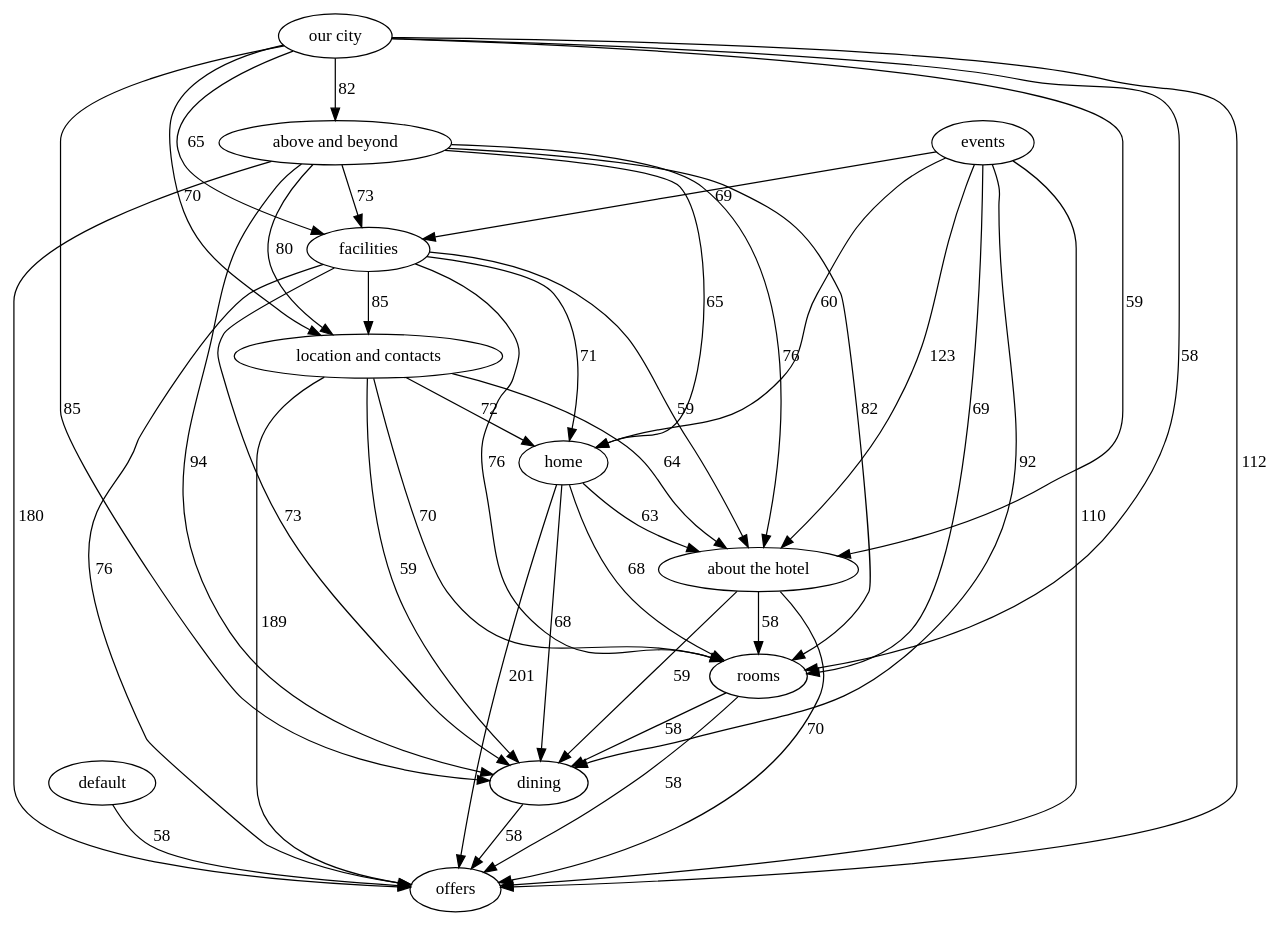
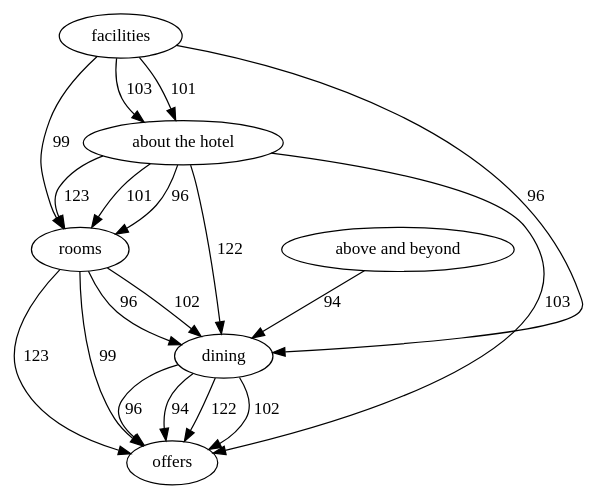
The diagram in dot/internal_requests.dot (alexcu/sit742-a2-report), drawn with Graphviz before and after one commit. The commit also changed 17 other files, not shown here.

Commit message:
Update dot diagrams to percentile and support-curated

```diff
--- a/dot/internal_requests.dot
+++ b/dot/internal_requests.dot
@@ -1,56 +1,27 @@
-strict digraph "" {
+digraph "" {
 layout="dot";
 facilities;
-default;
 "about the hotel";
 dining;
 offers;
 rooms;
-home;
 "above and beyond";
-"location and contacts";
-events;
-"our city";
-facilities -> "about the hotel"  [label=59, weight=59];
-facilities -> dining  [label=73, weight=73];
-facilities -> offers  [label=76, weight=76];
-facilities -> rooms  [label=76, weight=76];
-facilities -> home  [label=71, weight=71];
-facilities -> "location and contacts"  [label=85, weight=85];
-default -> offers  [label=58, weight=58];
-"about the hotel" -> dining  [label=59, weight=59];
-"about the hotel" -> offers  [label=70, weight=70];
-"about the hotel" -> rooms  [label=58, weight=58];
-dining -> offers  [label=58, weight=58];
-rooms -> dining  [label=58, weight=58];
-rooms -> offers  [label=58, weight=58];
-home -> dining  [label=68, weight=68];
-home -> offers  [label=201, weight=201];
-home -> rooms  [label=68, weight=68];
-home -> "about the hotel"  [label=63, weight=63];
-"above and beyond" -> facilities  [label=73, weight=73];
-"above and beyond" -> "about the hotel"  [label=76, weight=76];
-"above and beyond" -> dining  [label=94, weight=94];
-"above and beyond" -> offers  [label=180, weight=180];
-"above and beyond" -> rooms  [label=82, weight=82];
-"above and beyond" -> home  [label=65, weight=65];
-"above and beyond" -> "location and contacts"  [label=80, weight=80];
-"location and contacts" -> home  [label=72, weight=72];
-"location and contacts" -> dining  [label=59, weight=59];
-"location and contacts" -> offers  [label=189, weight=189];
-"location and contacts" -> rooms  [label=70, weight=70];
-"location and contacts" -> "about the hotel"  [label=64, weight=64];
-events -> facilities  [label=69, weight=69];
-events -> "about the hotel"  [label=123, weight=123];
-events -> dining  [label=92, weight=92];
-events -> offers  [label=110, weight=110];
-events -> rooms  [label=69, weight=69];
-events -> home  [label=60, weight=60];
-"our city" -> facilities  [label=65, weight=65];
-"our city" -> "about the hotel"  [label=59, weight=59];
-"our city" -> dining  [label=85, weight=85];
-"our city" -> offers  [label=112, weight=112];
-"our city" -> rooms  [label=58, weight=58];
-"our city" -> "above and beyond"  [label=82, weight=82];
-"our city" -> "location and contacts"  [label=70, weight=70];
+facilities -> dining  [key=0, label=96, weight=96];
+facilities -> rooms  [key=0, label=99, weight=99];
+facilities -> "about the hotel"  [key=0, label=103, weight=103];
+facilities -> "about the hotel"  [key=1, label=101, weight=101];
+"about the hotel" -> dining  [key=0, label=122, weight=122];
+"about the hotel" -> offers  [key=0, label=103, weight=103];
+"about the hotel" -> rooms  [key=0, label=123, weight=123];
+"about the hotel" -> rooms  [key=1, label=101, weight=101];
+"about the hotel" -> rooms  [key=2, label=96, weight=96];
+dining -> offers  [key=0, label=122, weight=122];
+dining -> offers  [key=1, label=102, weight=102];
+dining -> offers  [key=2, label=96, weight=96];
+dining -> offers  [key=3, label=94, weight=94];
+rooms -> dining  [key=0, label=102, weight=102];
+rooms -> dining  [key=1, label=96, weight=96];
+rooms -> offers  [key=0, label=123, weight=123];
+rooms -> offers  [key=1, label=99, weight=99];
+"above and beyond" -> dining  [key=0, label=94, weight=94];
 }
```
